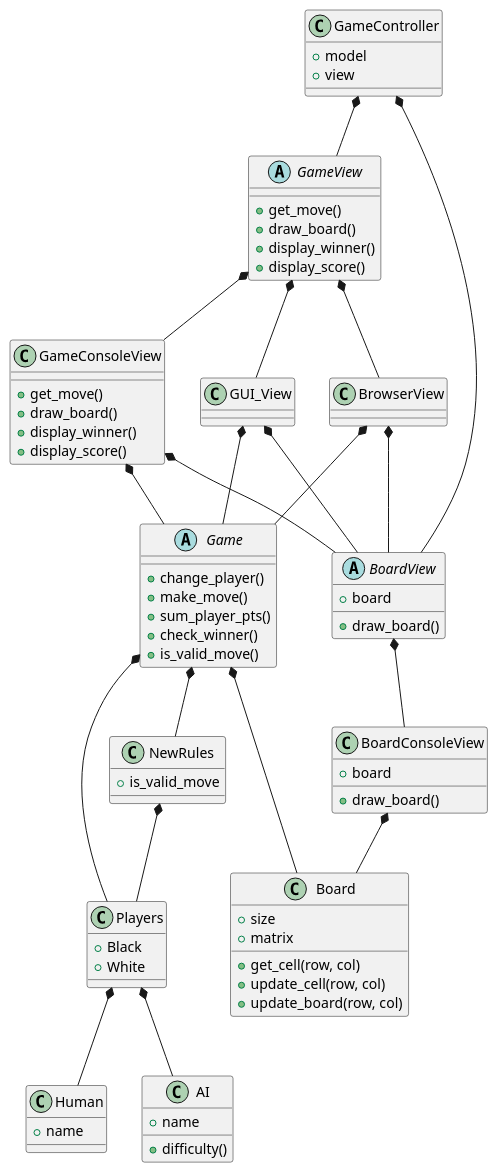
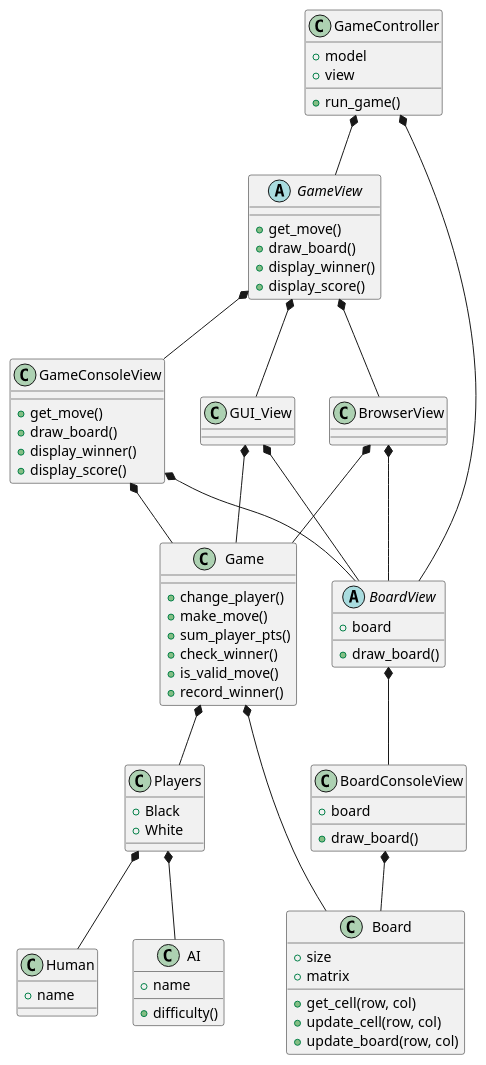
One commit to asherbillinkoff/reversi changed the diagram in reversi.puml. Above: the diagram before and after it, drawn with PlantUML. The commit also changed 2 other files, not shown here.

Commit message:
Added record_winner()

```diff
--- a/reversi.puml
+++ b/reversi.puml
@@ -1,91 +1,86 @@
 @startuml Reversi Class Diagram
 
 Players *-- Human
 Players *-- AI
-NewRules *-- Players
 Game *-- Players
 Game *-- Board
-Game *-- NewRules
 GameConsoleView *-- Game
 BoardConsoleView *-- Board
 BoardView *-- BoardConsoleView
 GameConsoleView *-- BoardView
 GUI_View *-- Game
 GUI_View *-- BoardView
 BrowserView *-- BoardView
 BrowserView *-- Game
 GameView *-- GameConsoleView
 GameView *-- GUI_View
 GameView *-- BrowserView    
 GameController *-- BoardView
 GameController *-- GameView
 
 class Human {
     + name
 }
 
 class AI {
     + name
     + difficulty()
 }
 
 class Players {
     + Black
     + White
 }
 
 class Board {
     + size
     + matrix
     + get_cell(row, col)
     + update_cell(row, col)
     + update_board(row, col)
 }
 
-class NewRules {
-    + is_valid_move
-
-}
-
-abstract class Game {
+class Game {
      + change_player()
      + make_move()
      + sum_player_pts()
      + check_winner()
      + is_valid_move()
+     + record_winner()
 }
 
 abstract class GameView {
     + get_move()
     + draw_board()
     + display_winner()
     + display_score()
 }
 
 class GameConsoleView {
     + get_move()
     + draw_board()
     + display_winner()
     + display_score()
 }
 
 abstract class BoardView {
     + board
     + draw_board()
 }
 
 class BoardConsoleView {
     + board
     + draw_board()
 }
 
 class GUI_View {}
 
 class BrowserView {}
 
 class GameController {
     + model
     + view
+    + run_game()
 }
 
 @enduml
```
